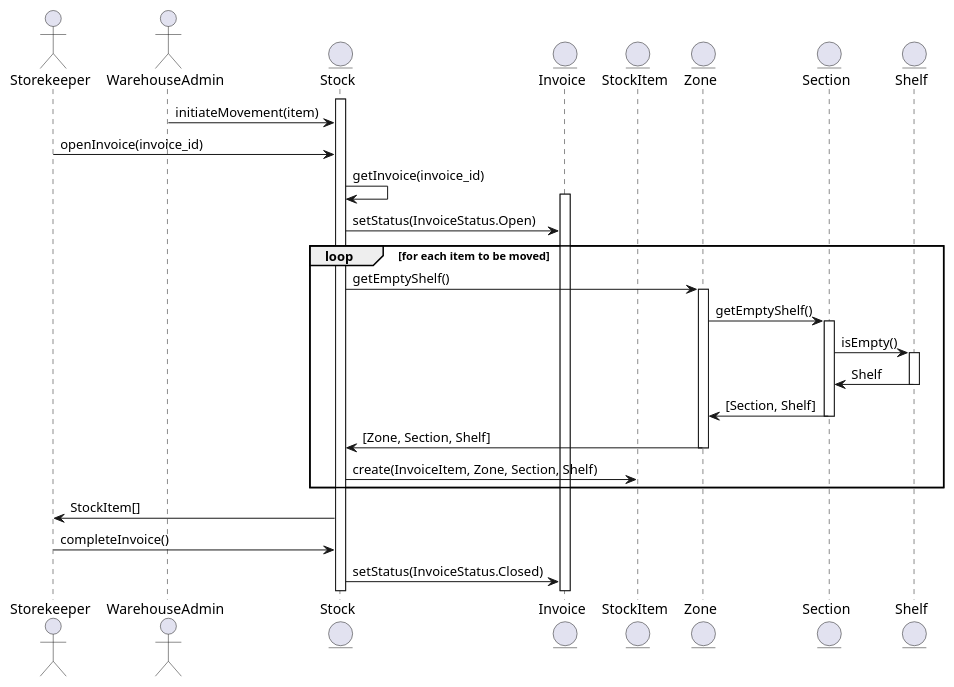
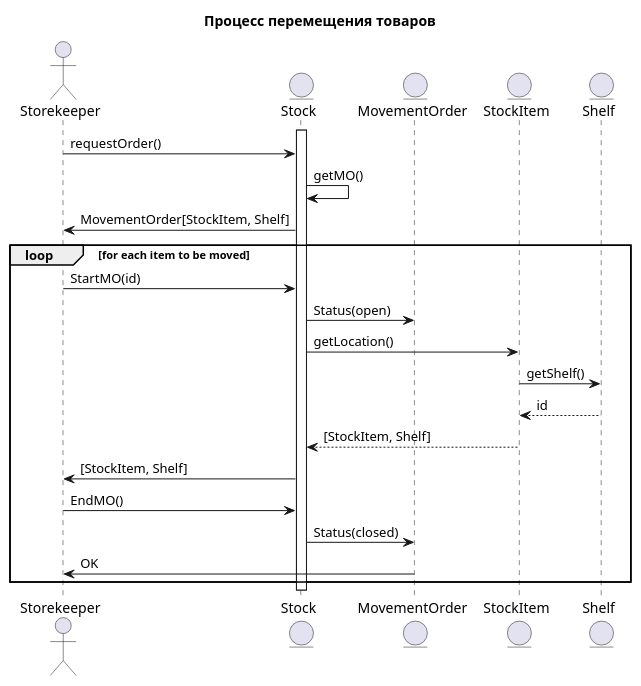
One commit to penamarth/bsbo-02-21_team5_var6_sklad changed the diagram in warehouse/Прецеденты/Перемещение товара/Диаграмма_последовательности_Перемещение_товара.md. Above: the diagram before and after it, drawn with PlantUML. The commit also changed 3 other files, not shown here.

````diff
--- a/warehouse/Прецеденты/Перемещение товара/Диаграмма_последовательности_Перемещение_товара.md
+++ b/warehouse/Прецеденты/Перемещение товара/Диаграмма_последовательности_Перемещение_товара.md
@@ -1,43 +1,32 @@
 ```plantuml
 @startuml 
 actor Storekeeper
-actor WarehouseAdmin
 entity Stock
-entity Invoice
+entity MovementOrder
 entity StockItem
-entity Zone
-entity Section
 entity Shelf
 
+
 activate Stock
+title Процесс перемещения товаров
 
-WarehouseAdmin -> Stock : initiateMovement(item)
+Storekeeper -> Stock: requestOrder()
+Stock -> Stock: getMO()
+Stock -> Storekeeper: MovementOrder[StockItem, Shelf]
 
-Storekeeper -> Stock : openInvoice(invoice_id)
-Stock -> Stock : getInvoice(invoice_id)
-activate Invoice
-Stock -> Invoice : setStatus(InvoiceStatus.Open)
+loop for each item to be moved
+    Storekeeper -> Stock: StartMO(id)
+    Stock -> MovementOrder: Status(open)
+    Stock -> StockItem: getLocation()
+    StockItem -> Shelf: getShelf()
+    Shelf --> StockItem: id
+    StockItem --> Stock: [StockItem, Shelf]
+    Stock -> Storekeeper: [StockItem, Shelf]
+    Storekeeper -> Stock: EndMO()
+    Stock -> MovementOrder: Status(closed)
+    MovementOrder -> Storekeeper: OK
+end
+@enduml
 
 
-loop for each item to be moved
-    Stock -> Zone : getEmptyShelf()
-    activate Zone
-    Zone -> Section : getEmptyShelf()
-    activate Section
-    Section -> Shelf : isEmpty()
-    activate Shelf
-    Shelf -> Section : Shelf
-    deactivate Shelf
-    Section -> Zone : [Section, Shelf]
-    deactivate Section
-    Zone -> Stock : [Zone, Section, Shelf]
-    deactivate Zone
-    Stock -> StockItem : create(InvoiceItem, Zone, Section, Shelf)
-end
- 
-Stock -> Storekeeper : StockItem[]
-Storekeeper -> Stock : completeInvoice()
-Stock -> Invoice: setStatus(InvoiceStatus.Closed)
-@enduml
-
 ```
````
